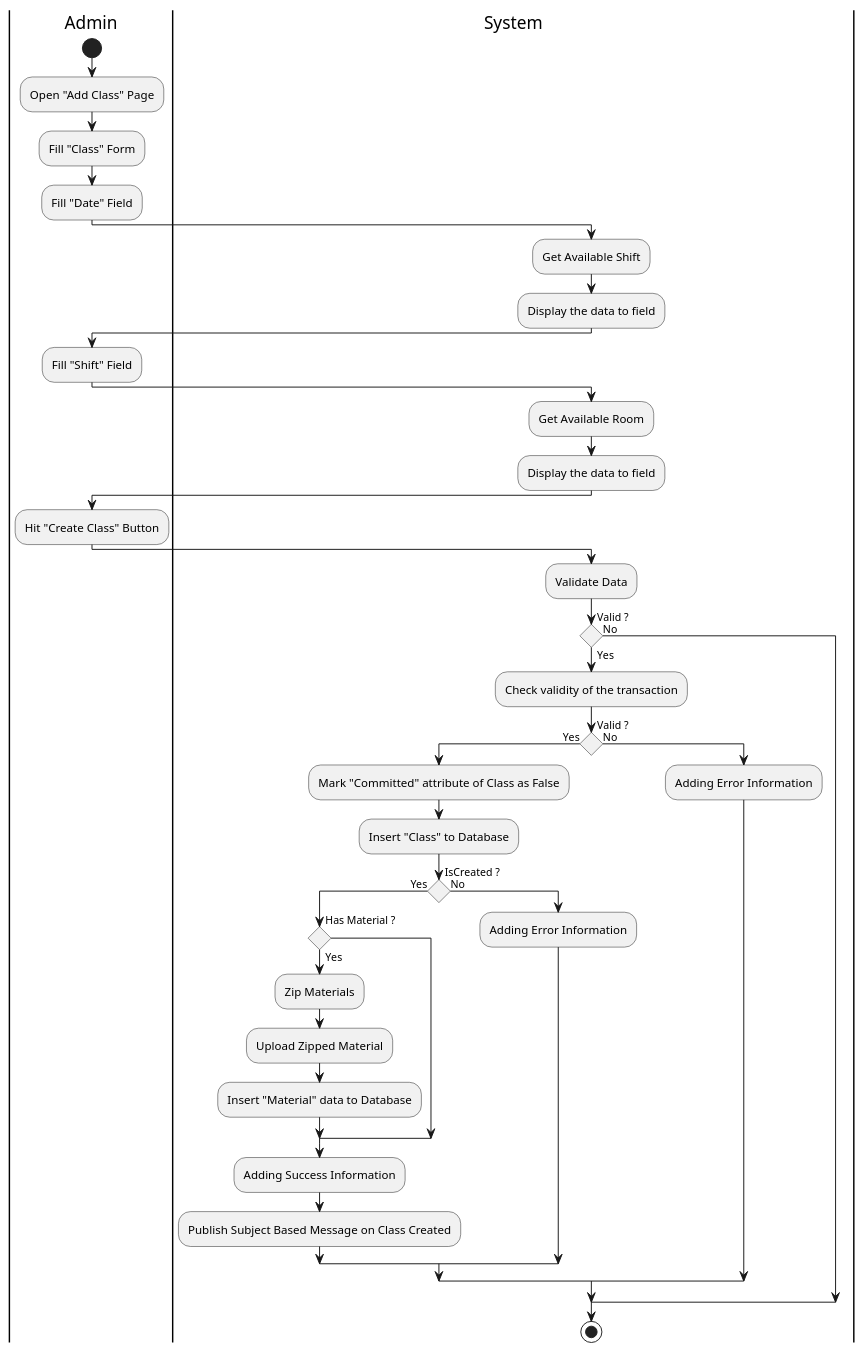
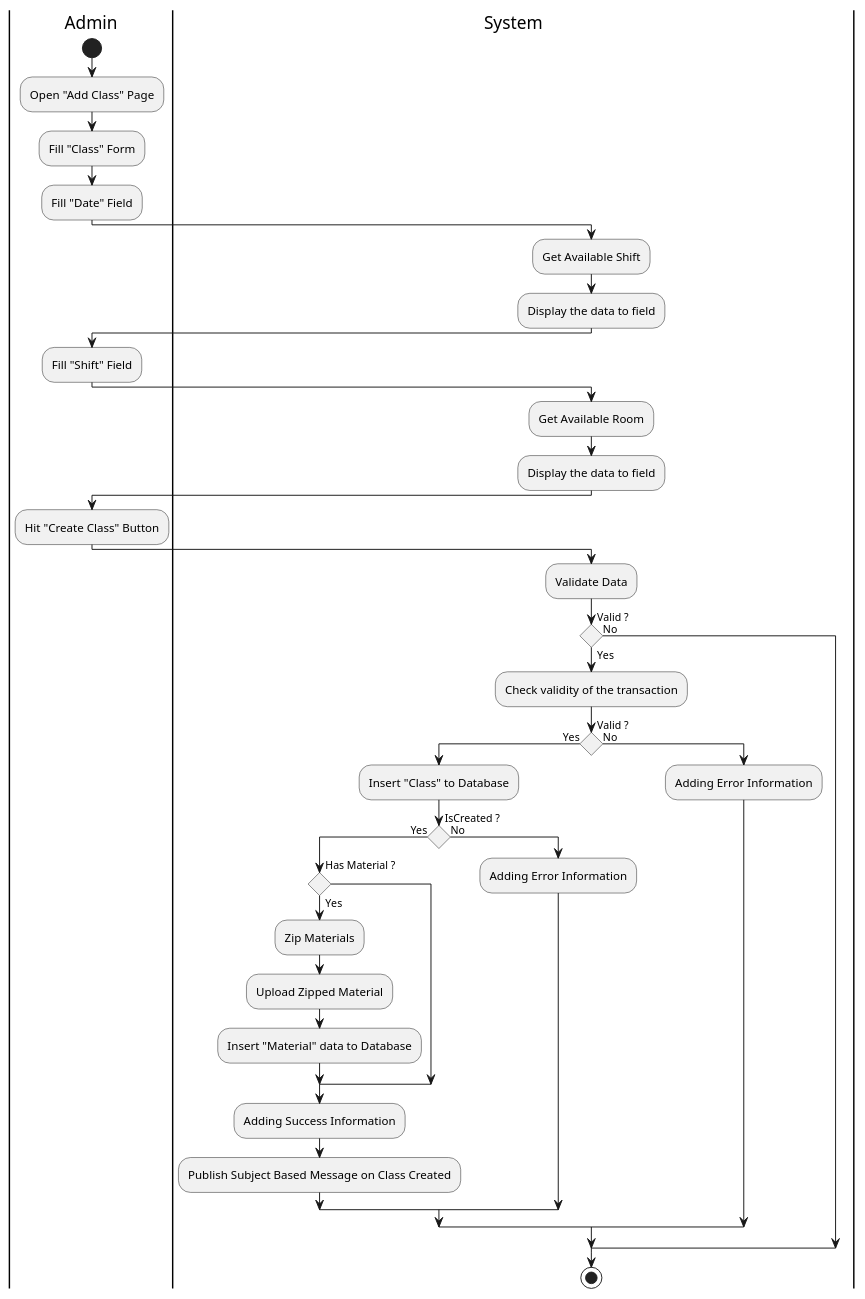
One commit to fwidjaya20/fazzlearning-uml changed the diagram in Activity/Release02/CreateClass.wsd. Above: the diagram before and after it, drawn with PlantUML. The commit also changed 6 other files, not shown here.

Commit message:
fix(diagram): fix invalid wording

```diff
--- a/Activity/Release02/CreateClass.wsd
+++ b/Activity/Release02/CreateClass.wsd
@@ -1,56 +1,55 @@
 @startuml CreateClass
 
 skinparam ConditionEndStyle hline
 skinparam conditionStyle diamond
 skinparam Monochrome true
 skinparam Shadowing false
 
 |Admin|
 start
 :Open "Add Class" Page;
 :Fill "Class" Form;
 
 :Fill "Date" Field;
 
 |System|
 :Get Available Shift;
 :Display the data to field;
 
 |Admin|
 :Fill "Shift" Field;
 
 |System|
 :Get Available Room;
 :Display the data to field;
 
 |Admin|
 :Hit "Create Class" Button;
 
 |System|
 :Validate Data;
 
 if (Valid ?) then (Yes)
     :Check validity of the transaction;
 
     if (Valid ?) then (Yes)
-        :Mark "Committed" attribute of Class as False;
         :Insert "Class" to Database;
         if (IsCreated ?) then (Yes)
             if (Has Material ?) then (Yes)
                 :Zip Materials;
                 :Upload Zipped Material;
                 :Insert "Material" data to Database;
             endif
             :Adding Success Information;
             :Publish Subject Based Message on Class Created;
         else (No)
             :Adding Error Information;
         endif
     else (No)
         :Adding Error Information;
     endif
 else (No)
 endif
 stop
 
 @enduml
```
